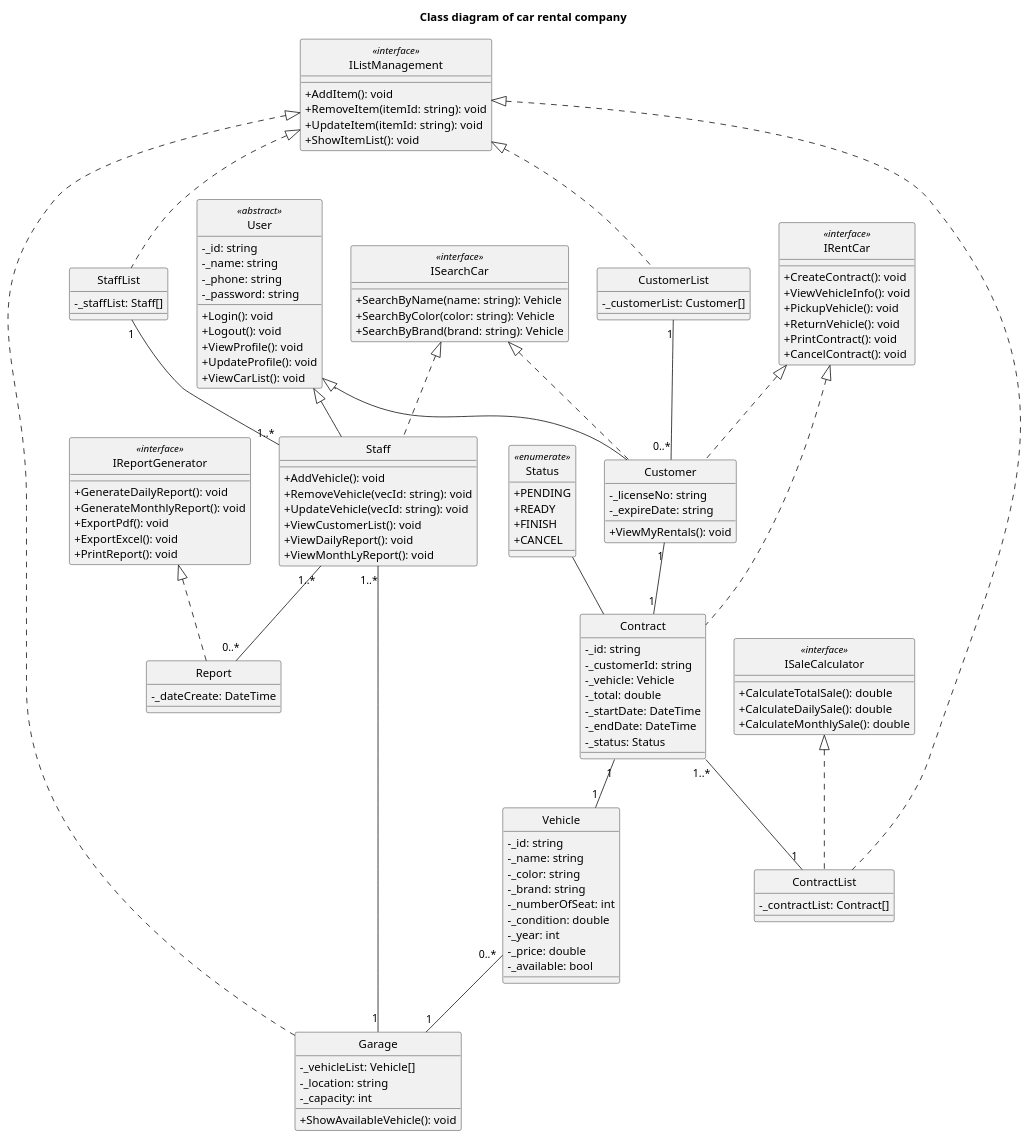
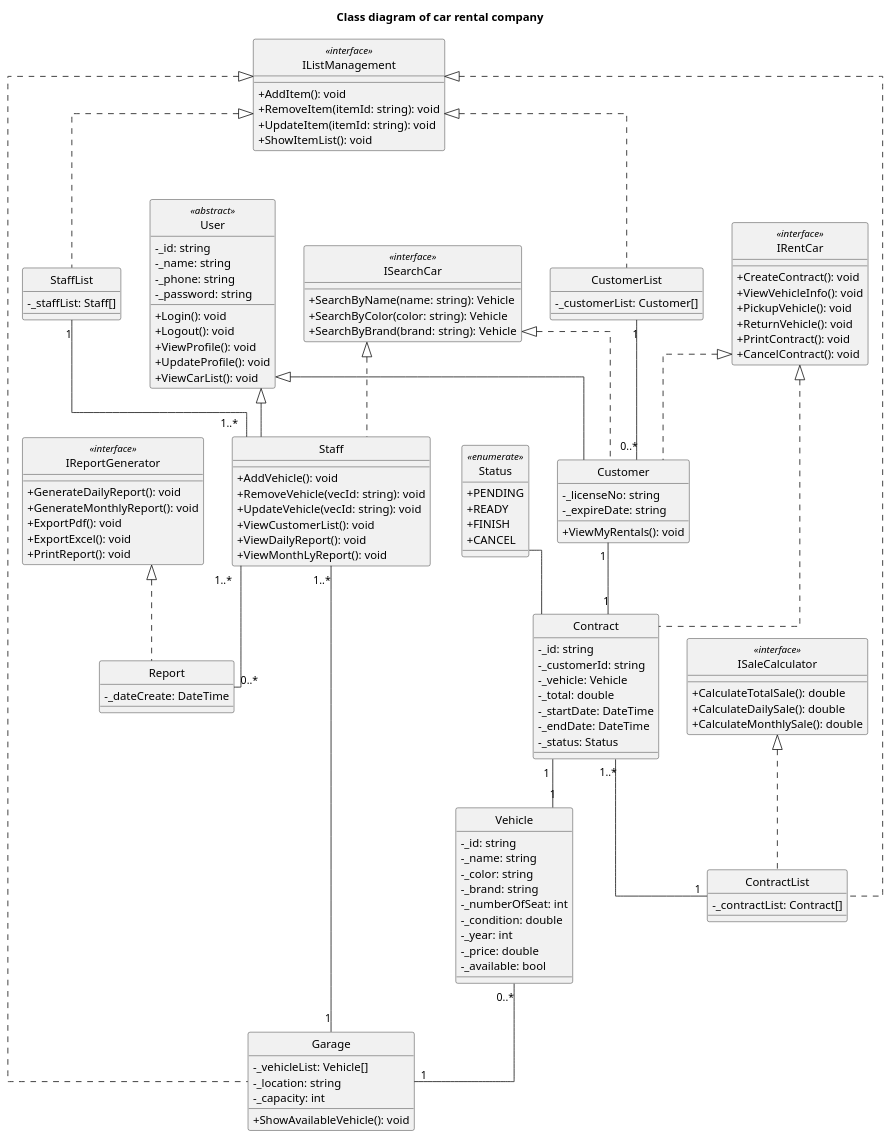
The diagram in ClassDiagramCarRental.plantuml (binhtran432k/Lab_OOP-L01-Bida), drawn with PlantUML before and after one commit. The commit also changed 42 other files, not shown here.

```diff
--- a/ClassDiagramCarRental.plantuml
+++ b/ClassDiagramCarRental.plantuml
@@ -1,171 +1,172 @@
 @startuml class-diagram-car-rental-company
 title Class diagram of car rental company
 skinparam ClassAttributeIconSize 0
 'skinparam WrapWidth 200
-'skinparam Linetype ortho 'Use for straight line but now it error
+'Use for straight line but now it error
+skinparam Linetype ortho
 hide circle
 skinparam Monochrome true
 
 Class User <<abstract>> {
     - _id: string
     - _name: string
     - _phone: string
     - _password: string
     + Login(): void
     + Logout(): void
     + ViewProfile(): void
     + UpdateProfile(): void
     + ViewCarList(): void
 }
 
 Class Customer {
     - _licenseNo: string
     - _expireDate: string
     + ViewMyRentals(): void
 }
 
 Class Staff {
     + AddVehicle(): void
     + RemoveVehicle(vecId: string): void
     + UpdateVehicle(vecId: string): void
     + ViewCustomerList(): void
     + ViewDailyReport(): void
     + ViewMonthLyReport(): void
 }
 
 Class Report {
     - _dateCreate: DateTime
 }
 
 Class StaffList {
     - _staffList: Staff[]
 }
 
 Class CustomerList {
     - _customerList: Customer[]
 }
 
 Class Contract {
     - _id: string
     - _customerId: string
     - _vehicle: Vehicle
     - _total: double
     - _startDate: DateTime
     - _endDate: DateTime
     - _status: Status
 }
 
 Class ContractList {
     - _contractList: Contract[]
 }
 
 Class Vehicle {
     - _id: string
     - _name: string
     - _color: string
     - _brand: string
     - _numberOfSeat: int
     - _condition: double
     - _year: int
     - _price: double
     - _available: bool
 }
 
 Class Garage {
     - _vehicleList: Vehicle[]
     - _location: string
     - _capacity: int
     + ShowAvailableVehicle(): void
 }
 
 
 Class IListManagement <<interface>>{
     + AddItem(): void
     + RemoveItem(itemId: string): void
     + UpdateItem(itemId: string): void
     + ShowItemList(): void
 }
 
 Class IReportGenerator <<interface>> {
     + GenerateDailyReport(): void
     + GenerateMonthlyReport(): void
     + ExportPdf(): void
     + ExportExcel(): void
     + PrintReport(): void
 }
 
 Class ISearchCar <<interface>> {
     + SearchByName(name: string): Vehicle
     + SearchByColor(color: string): Vehicle
     + SearchByBrand(brand: string): Vehicle
 }
 
 Class IRentCar <<interface>> {
     + CreateContract(): void
     + ViewVehicleInfo(): void
     + PickupVehicle(): void
     + ReturnVehicle(): void
     + PrintContract(): void
     + CancelContract(): void
 }
 
 Class ISaleCalculator <<interface>> {
     + CalculateTotalSale(): double
     + CalculateDailySale(): double
     + CalculateMonthlySale(): double
 }
 
 Class Status <<enumerate>> {
     + PENDING
     + READY
     + FINISH
     + CANCEL
 }
 
 'BEGIN: CLASS RELATION
 User <|-- Customer
 User <|-- Staff
 
 StaffList "1" -- "1..*" Staff
 
 CustomerList "1" -- "0..*" Customer
 
 'Customer-CustomerList
 Customer "1" -- "1" Contract
 
 'Staff-StaffList
 Staff "1..*" -- "0..*" Report
 Staff "1..*" -- "1" Garage
 
 'Report-Staff
 
 'Contract-Customer
 Contract "1" -- "1" Vehicle
 Contract "1..*" -- "1" ContractList
 
 'Vehicle-Contract
 Vehicle "0..*" -- "1" Garage
 
 'Garage-Vehicle
 
 'ContractList-Contract
 
 IListManagement <|.. CustomerList
 IListManagement <|.. ContractList
 IListManagement <|.. StaffList
 IListManagement <|.. Garage
 
 IReportGenerator <|.. Report
 
 ISearchCar <|.. Staff
 ISearchCar <|.. Customer
 
 IRentCar <|.. Customer
 IRentCar <|.. Contract
 
 ISaleCalculator <|.. ContractList
 
 Status -- Contract
 'END: CLASS RELATION
 
 @enduml
```
